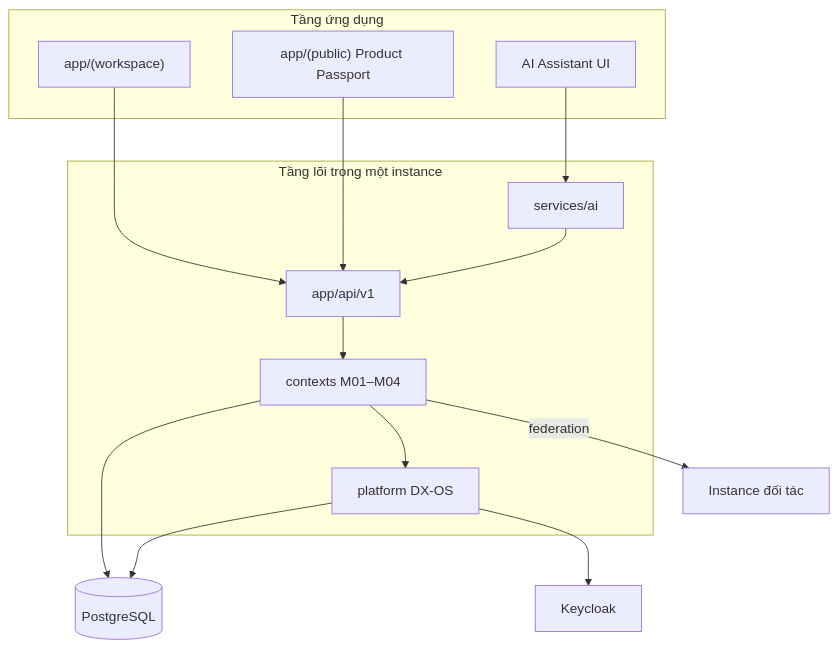
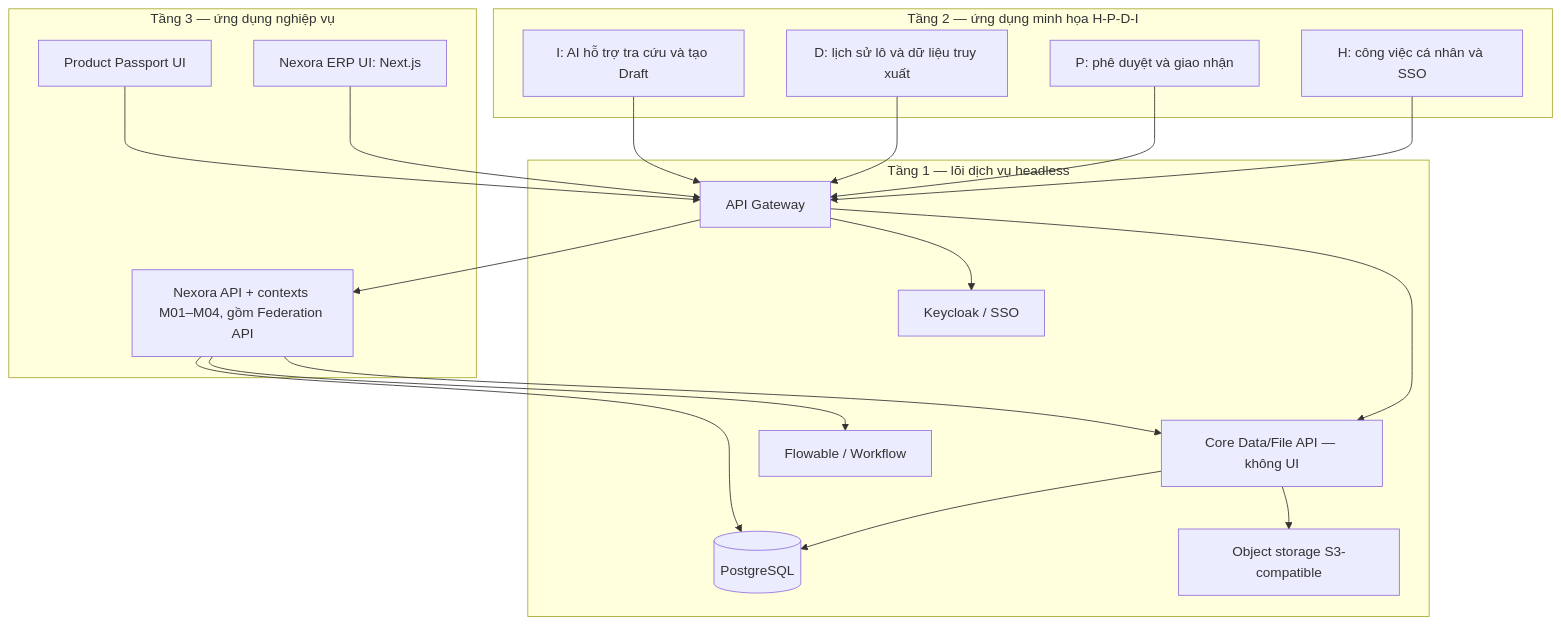
One commit to Olympic-2025-NEU/TraceFlow changed the diagram in ARCHITECTURE.md. Above: the diagram before and after it, drawn with Mermaid. The commit also changed other lines of this file and 13 other files, not shown here.

Commit message:
docs: align Nexora architecture with OLP 2026

````diff
--- a/ARCHITECTURE.md
+++ b/ARCHITECTURE.md
@@ -9,27 +9,36 @@
 ```mermaid
 flowchart TB
-  subgraph t2 ["Tầng ứng dụng"]
-    UI["app/(workspace)"]
-    Public["app/(public) Product Passport"]
-    AIUI["AI Assistant UI"]
+  subgraph t3 ["Tầng 3 — ứng dụng nghiệp vụ"]
+    ERP["Nexora ERP UI: Next.js"]
+    BusinessAPI["Nexora API + contexts M01–M04, gồm Federation API"]
+    Passport["Product Passport UI"]
   end
-  subgraph t1 ["Tầng lõi trong một instance"]
-    API["app/api/v1"]
-    Platform["platform DX-OS"]
-    CTX["contexts M01–M04"]
-    AI["services/ai"]
+  subgraph t2 ["Tầng 2 — ứng dụng minh họa H-P-D-I"]
+    Human["H: công việc cá nhân và SSO"]
+    Process["P: phê duyệt và giao nhận"]
+    Data["D: lịch sử lô và dữ liệu truy xuất"]
+    Intelligence["I: AI hỗ trợ tra cứu và tạo Draft"]
   end
-  PG[("PostgreSQL")]
-  KC["Keycloak"]
-  EXT["Instance đối tác"]
-  UI --> API
-  Public --> API
-  AIUI --> AI
-  AI --> API
-  API --> CTX
-  CTX --> Platform
-  CTX --> PG
-  Platform --> PG
-  Platform --> KC
-  CTX -->|"federation"| EXT
+  subgraph t1 ["Tầng 1 — lõi dịch vụ headless"]
+    Gateway["API Gateway"]
+    Identity["Keycloak / SSO"]
+    CoreData["Core Data/File API — không UI"]
+    Database[("PostgreSQL")]
+    Storage["Object storage S3-compatible"]
+    Workflow["Flowable / Workflow"]
+  end
+  ERP --> Gateway
+  Passport --> Gateway
+  Human --> Gateway
+  Process --> Gateway
+  Data --> Gateway
+  Intelligence --> Gateway
+  Gateway --> Identity
+  Gateway --> CoreData
+  Gateway --> BusinessAPI
+  CoreData --> Database
+  CoreData --> Storage
+  BusinessAPI --> Database
+  BusinessAPI --> CoreData
+  BusinessAPI --> Workflow
 ```
````
